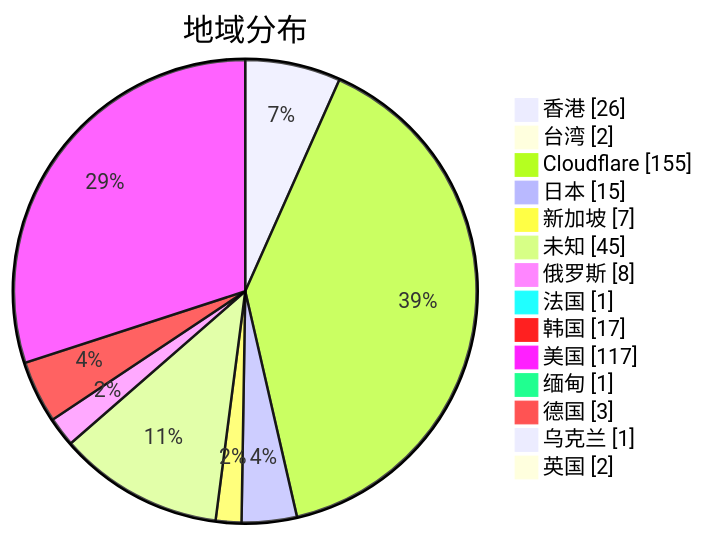
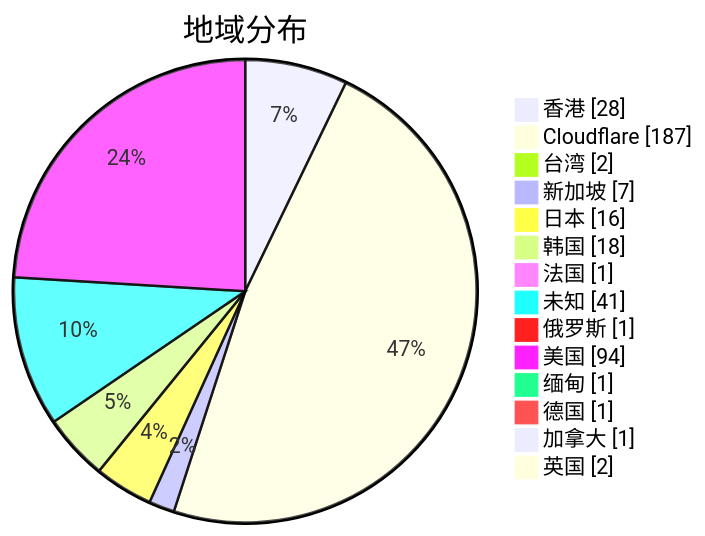
Before and after one commit to qjlxg/airport: the second of 3 diagrams in subs/statistics/tested_within.md, drawn with Mermaid. The commit also changed other lines of this file and 2 other files, not shown here.

````diff
--- a/subs/statistics/tested_within.md
+++ b/subs/statistics/tested_within.md
@@ -12,18 +13,18 @@
 ```mermaid
 pie showData
 title 地域分布
-"香港" : 26
+"香港" : 28
+"Cloudflare" : 187
 "台湾" : 2
-"Cloudflare" : 155
-"日本" : 15
 "新加坡" : 7
-"未知" : 45
-"俄罗斯" : 8
+"日本" : 16
+"韩国" : 18
 "法国" : 1
-"韩国" : 17
-"美国" : 117
+"未知" : 41
+"俄罗斯" : 1
+"美国" : 94
 "缅甸" : 1
-"德国" : 3
-"乌克兰" : 1
+"德国" : 1
+"加拿大" : 1
 "英国" : 2
 ```
````
